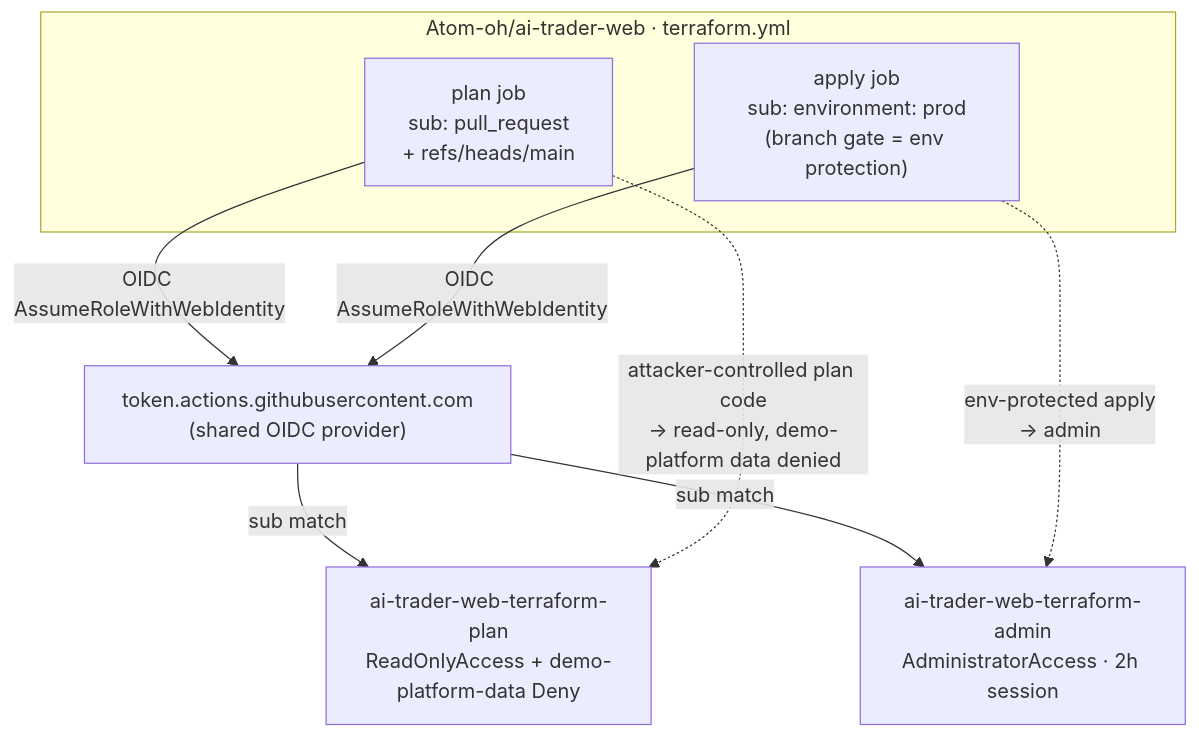
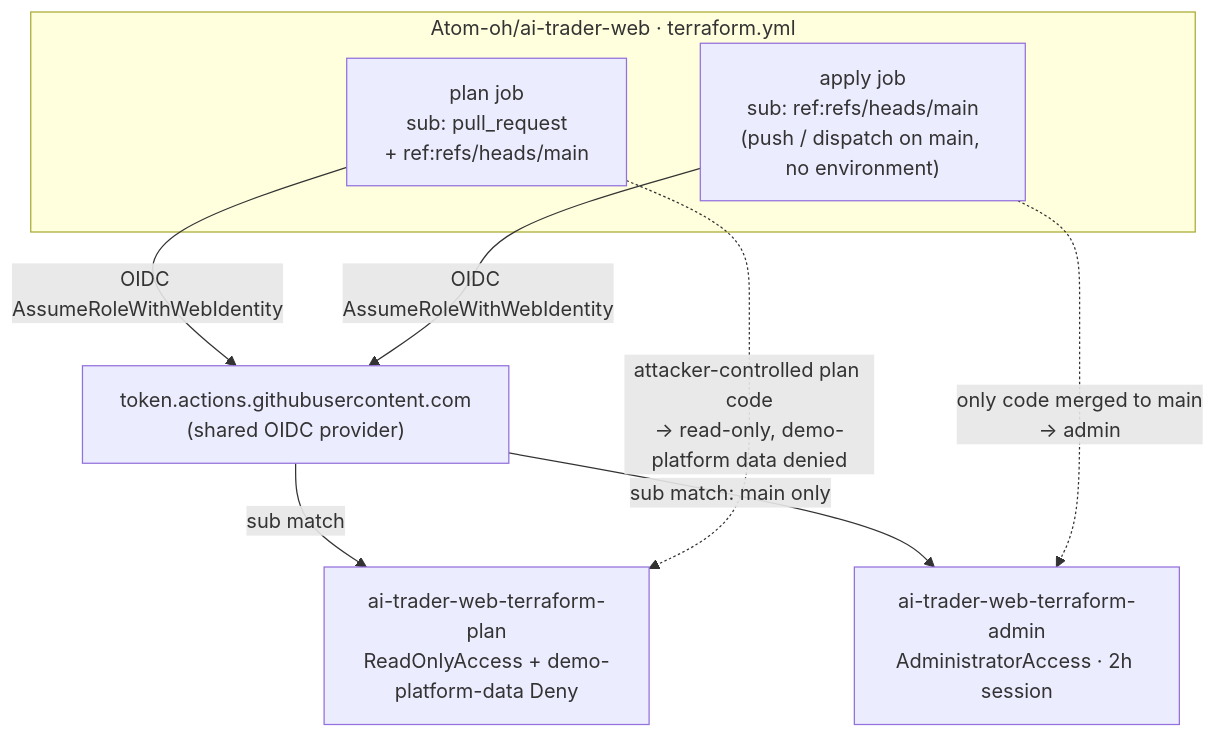
One commit to Atom-oh/AWS-Demo-Platform changed the first of 2 diagrams in docs/decisions/ADR-012-ai-trader-web-oidc-plan-apply-split.md. Above: the diagram before and after it, drawn with Mermaid. The commit also changed other lines of this file and 2 other files, not shown here.

First line of the commit message:
fix(iam): gate admin on main-branch sub (IAM-enforced), widen logs deny (PR #69)

````diff
--- a/docs/decisions/ADR-012-ai-trader-web-oidc-plan-apply-split.md
+++ b/docs/decisions/ADR-012-ai-trader-web-oidc-plan-apply-split.md
@@ -77,16 +84,16 @@
 ```mermaid
 flowchart TD
     subgraph gh["Atom-oh/ai-trader-web · terraform.yml"]
-        pr["plan job<br/>sub: pull_request<br/>+ refs/heads/main"]
-        ap["apply job<br/>sub: environment: prod<br/>(branch gate = env protection)"]
+        pr["plan job<br/>sub: pull_request<br/>+ ref:refs/heads/main"]
+        ap["apply job<br/>sub: ref:refs/heads/main<br/>(push / dispatch on main, no environment)"]
     end
     oidc["token.actions.githubusercontent.com<br/>(shared OIDC provider)"]
     plan["ai-trader-web-terraform-plan<br/>ReadOnlyAccess + demo-platform-data Deny"]
     admin["ai-trader-web-terraform-admin<br/>AdministratorAccess · 2h session"]
     pr -->|OIDC AssumeRoleWithWebIdentity| oidc
     ap -->|OIDC AssumeRoleWithWebIdentity| oidc
     oidc -->|sub match| plan
-    oidc -->|sub match| admin
+    oidc -->|sub match: main only| admin
     pr -.->|"attacker-controlled plan code<br/>→ read-only, demo-platform data denied"| plan
-    ap -.->|"env-protected apply<br/>→ admin"| admin
+    ap -.->|"only code merged to main<br/>→ admin"| admin
 ```
````
